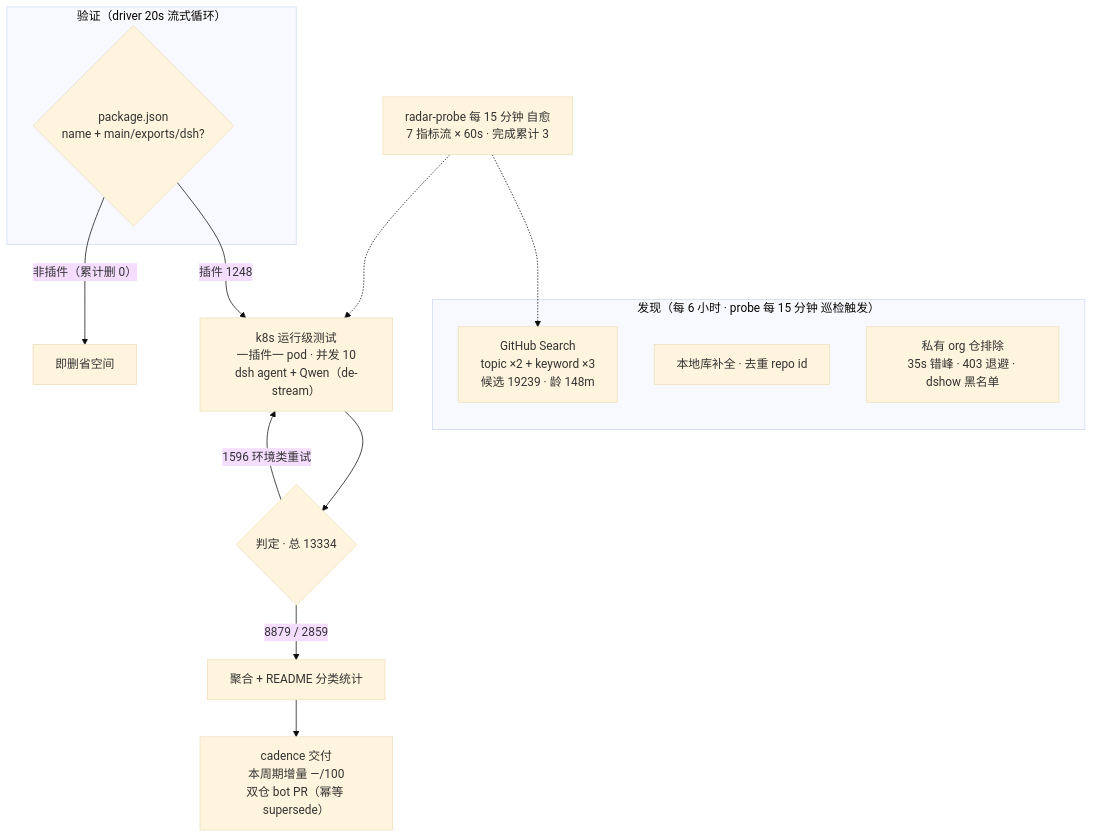
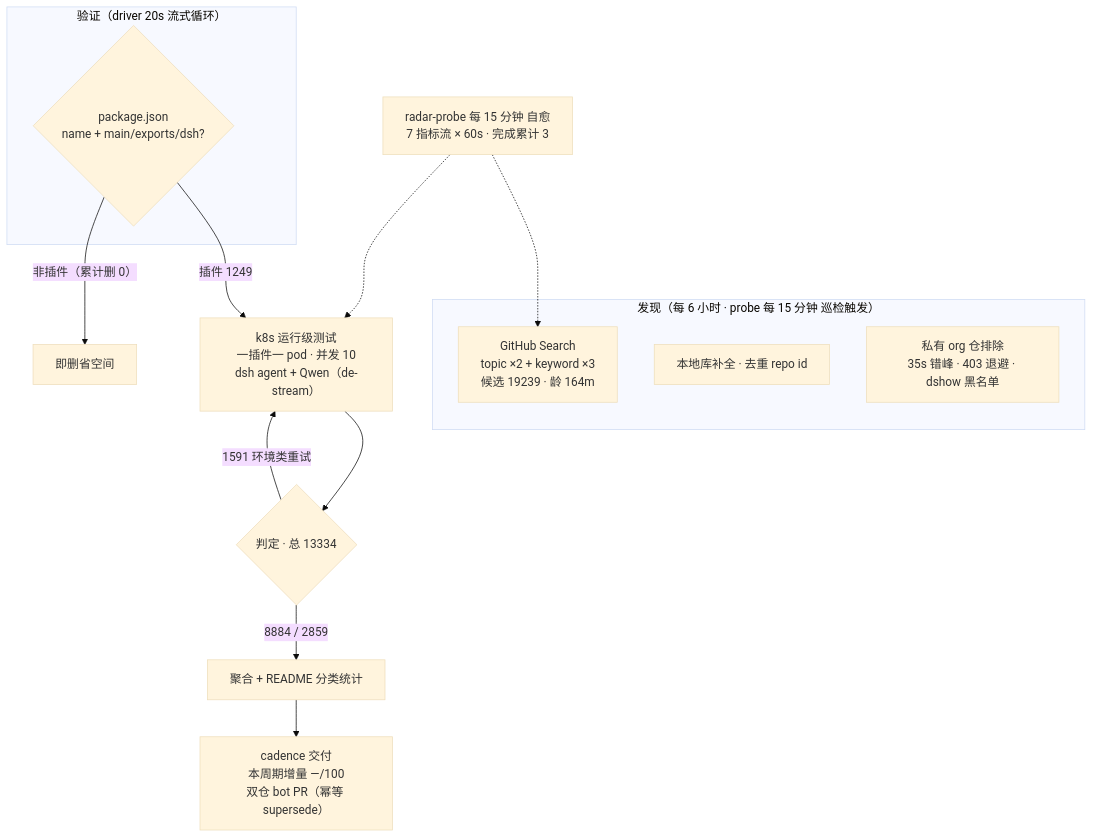
One commit to Zhidao-Lab-OSS/awesome-dsh-plugins changed the diagram in README.md. Above: the diagram before and after it, drawn with Mermaid (base theme). The commit also changed other lines of this file and 1 other file, not shown here.

````diff
--- a/README.md
+++ b/README.md
@@ -61,20 +62,20 @@
 ```mermaid
 flowchart TB
     subgraph Discovery["发现（每 6 小时 · probe 每 15 分钟 巡检触发）"]
-        A1["GitHub Search<br/>topic ×2 + keyword ×3<br/>候选 19239 · 龄 148m"]
+        A1["GitHub Search<br/>topic ×2 + keyword ×3<br/>候选 19239 · 龄 164m"]
         A2["本地库补全 · 去重 repo id"]
         A3["私有 org 仓排除<br/>35s 错峰 · 403 退避 · dshow 黑名单"]
     end
     subgraph Validation["验证（driver 20s 流式循环）"]
         B1{"package.json<br/>name + main/exports/dsh?"}
     end
-    B1 -->|"插件 1248"| C1["k8s 运行级测试<br/>一插件一 pod · 并发 10<br/>dsh agent + Qwen（de-stream）"]
+    B1 -->|"插件 1249"| C1["k8s 运行级测试<br/>一插件一 pod · 并发 10<br/>dsh agent + Qwen（de-stream）"]
     B1 -->|"非插件（累计删 0）"| B3["即删省空间"]
     C1 --> D1{"判定 · 总 13334"}
-    D1 -->|"8879 / 2859"| E1["聚合 + README 分类统计"]
-    D1 -->|"1596 环境类重试"| C1
+    D1 -->|"8884 / 2859"| E1["聚合 + README 分类统计"]
+    D1 -->|"1591 环境类重试"| C1
     E1 --> E2["cadence 交付<br/>本周期增量 —/100<br/>双仓 bot PR（幂等 supersede）"]
     M["radar-probe 每 15 分钟 自愈<br/>7 指标流 × 60s · 完成累计 3"]
     M -.-> A1
     M -.-> C1
 ```
````
